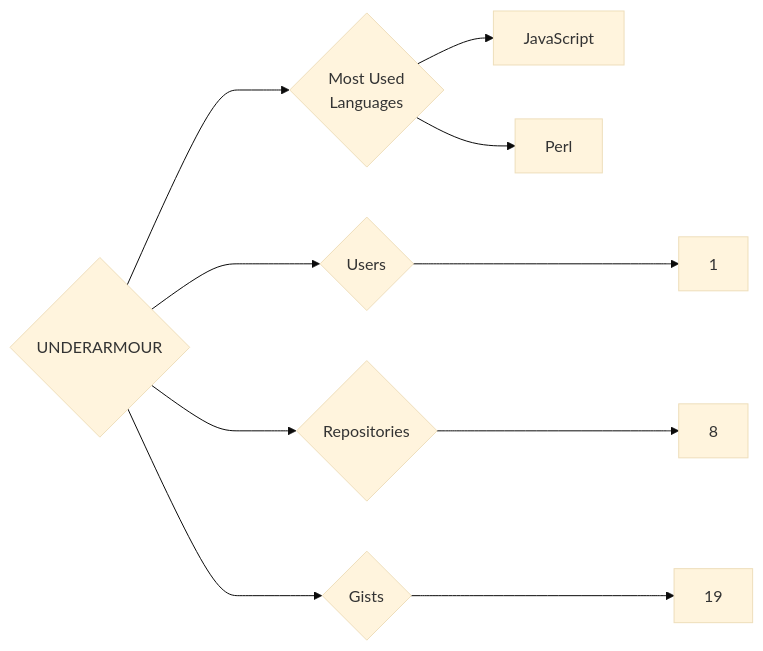
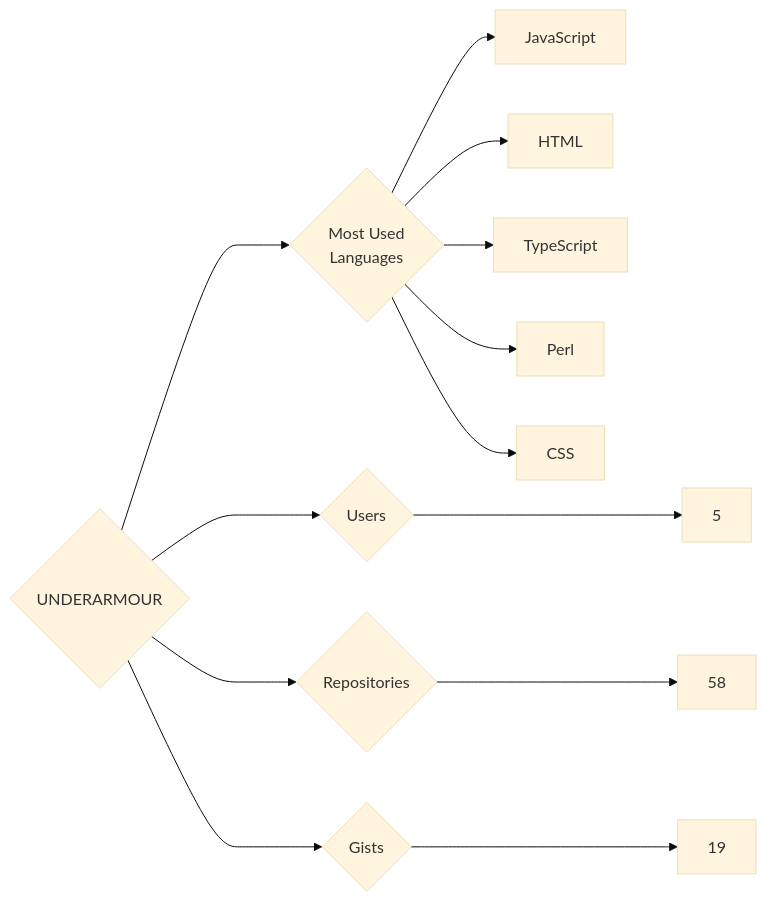
Before and after one commit to trickest/insiders: the diagram in targets/UNDERARMOUR/README.md, drawn with Mermaid (base theme). The commit also changed 970 other files, not shown here.

````diff
--- a/targets/UNDERARMOUR/README.md
+++ b/targets/UNDERARMOUR/README.md
@@ -3,10 +3,13 @@
 ```mermaid
 graph LR
 COMPANY_NAME{UNDERARMOUR}
-COMPANY_NAME ---> U{Users} ---> UN[1]
-COMPANY_NAME ---> R{Repositories} ---> RN[8]
+COMPANY_NAME ---> U{Users} ---> UN[5]
+COMPANY_NAME ---> R{Repositories} ---> RN[58]
 COMPANY_NAME ---> G{Gists} ---> GN[19]
 COMPANY_NAME ---> ML{Most Used<br>Languages}
 ML --> JavaScript[JavaScript]
+ML --> HTML[HTML]
+ML --> TypeScript[TypeScript]
 ML --> Perl[Perl]
+ML --> CSS[CSS]
 ```
````
